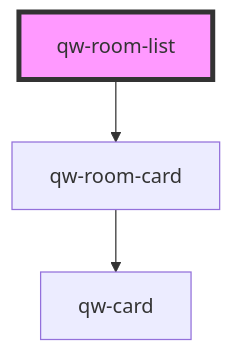
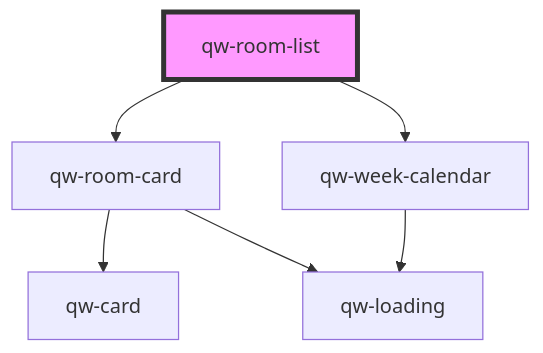
Before and after one commit to qwentes-team/qw-hotels: the diagram in src/components/qw-room-list/readme.md, drawn with Mermaid. The commit also changed other lines of this file and 18 other files, not shown here.

````diff
--- a/src/components/qw-room-list/readme.md
+++ b/src/components/qw-room-list/readme.md
@@ -22,6 +23,9 @@
 ```mermaid
 graph TD;
   qw-room-list --> qw-room-card
+  qw-room-list --> qw-week-calendar
   qw-room-card --> qw-card
+  qw-room-card --> qw-loading
+  qw-week-calendar --> qw-loading
   style qw-room-list fill:#f9f,stroke:#333,stroke-width:4px
 ```
````
